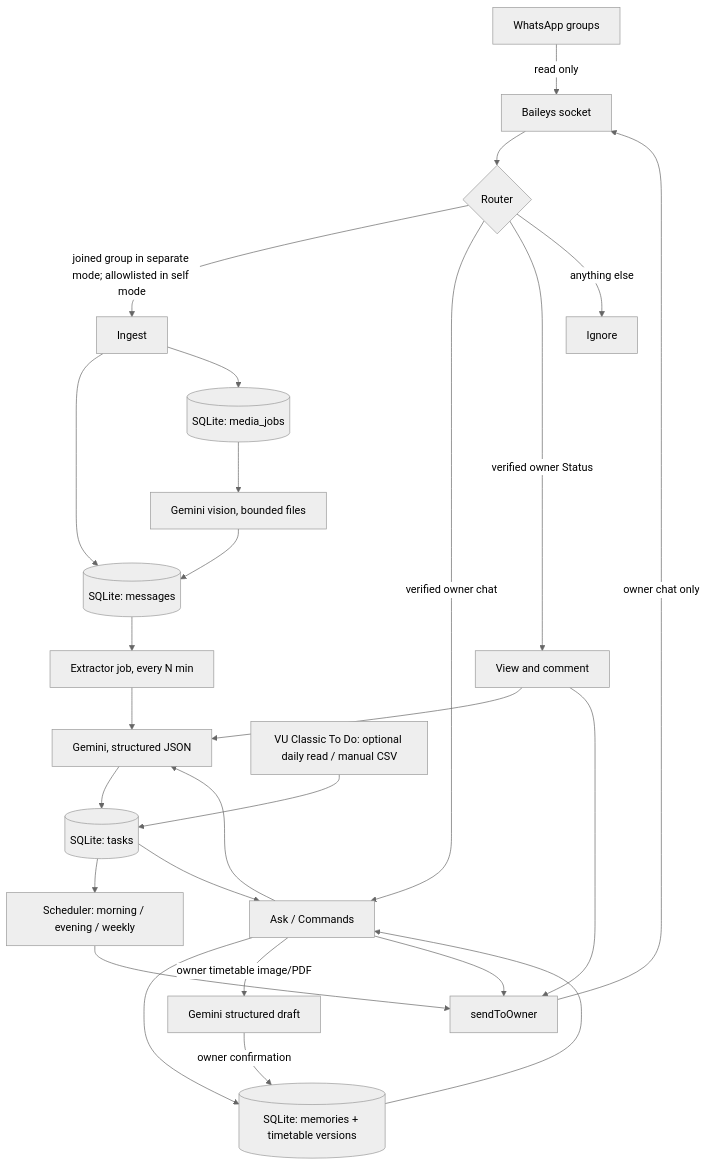
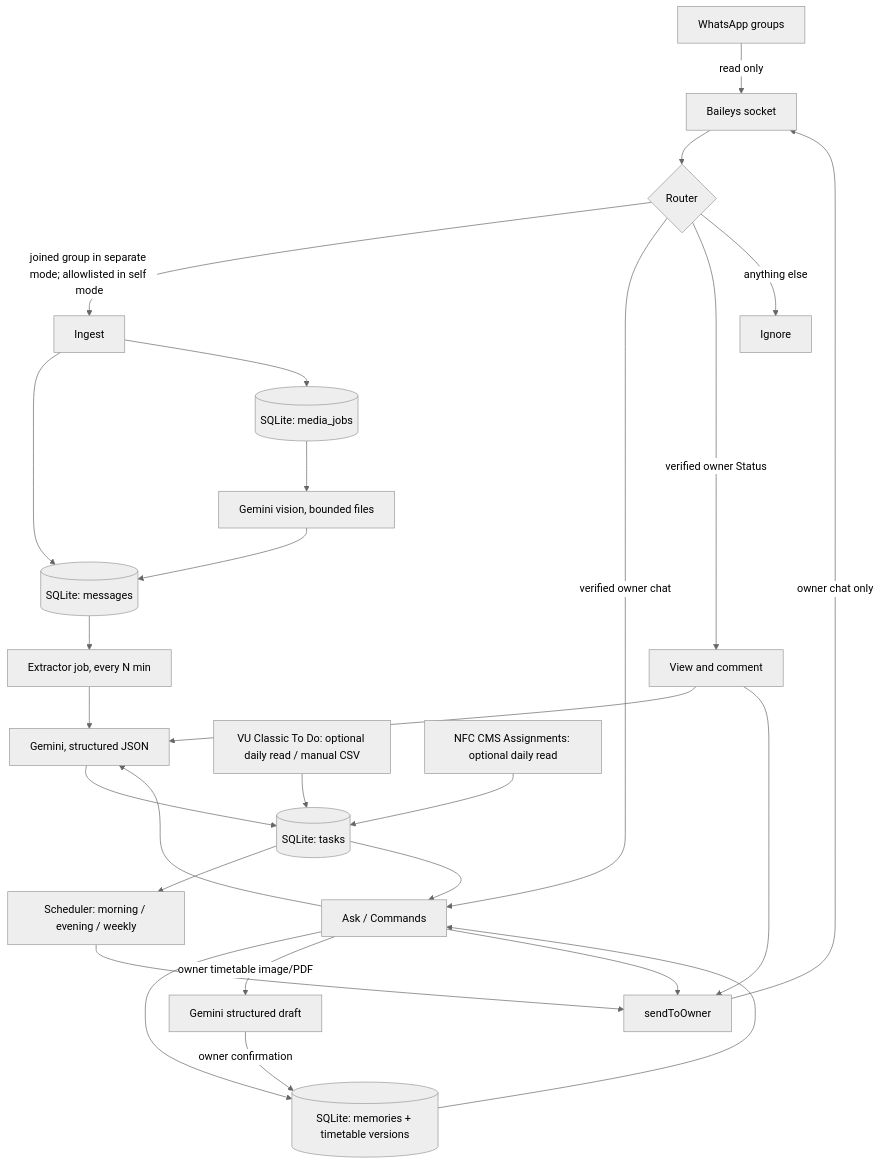
Before and after one commit to Coding-Moves/maya-assistant: the diagram in ARCHITECTURE.md, drawn with Mermaid (neutral theme). The commit also changed other lines of this file and 4 other files, not shown here.

Commit message:
docs: explain NFC CMS safeguards

````diff
--- a/ARCHITECTURE.md
+++ b/ARCHITECTURE.md
@@ -14,29 +14,30 @@
 ```mermaid
 flowchart TD
     G[WhatsApp groups] -->|read only| W[Baileys socket]
     W --> R{Router}
     R -->|joined group in separate mode; allowlisted in self mode| I[Ingest]
     R -->|verified owner chat| Q[Ask / Commands]
     R -->|verified owner Status| ST[View and comment]
     R -->|anything else| X[Ignore]
     I --> DB[(SQLite: messages)]
     I --> MQ[(SQLite: media_jobs)]
     MQ --> MV[Gemini vision, bounded files]
     MV --> DB
     DB --> E[Extractor job, every N min]
     E --> AI[Gemini, structured JSON]
     AI --> T[(SQLite: tasks)]
     VU[VU Classic To Do: optional daily read / manual CSV] --> T
+    NFC[NFC CMS Assignments: optional daily read] --> T
     T --> S[Scheduler: morning / evening / weekly]
     T --> Q
     Q --> AI
     Q --> MEM[(SQLite: memories + timetable versions)]
     MEM --> Q
     Q -->|owner timetable image/PDF| DRAFT[Gemini structured draft]
     DRAFT -->|owner confirmation| MEM
     ST --> AI
     S --> O[sendToOwner]
     Q --> O
     ST --> O
     O -->|owner chat only| W
 ```
````
